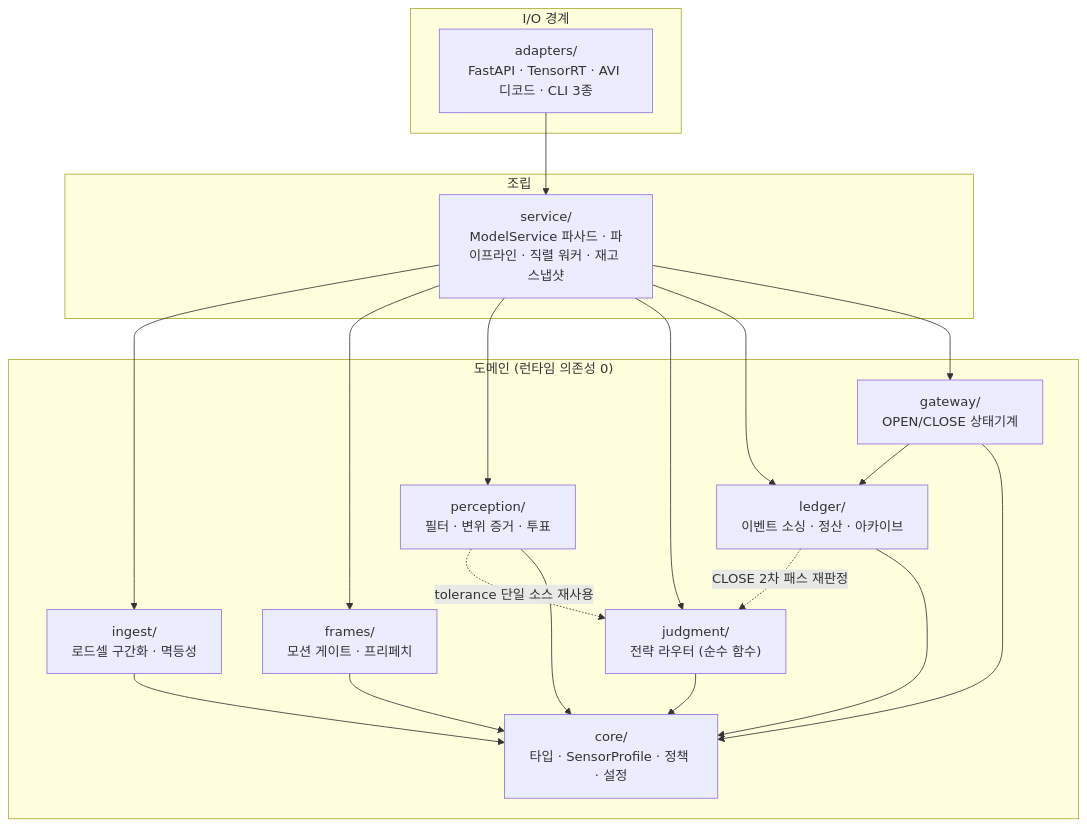
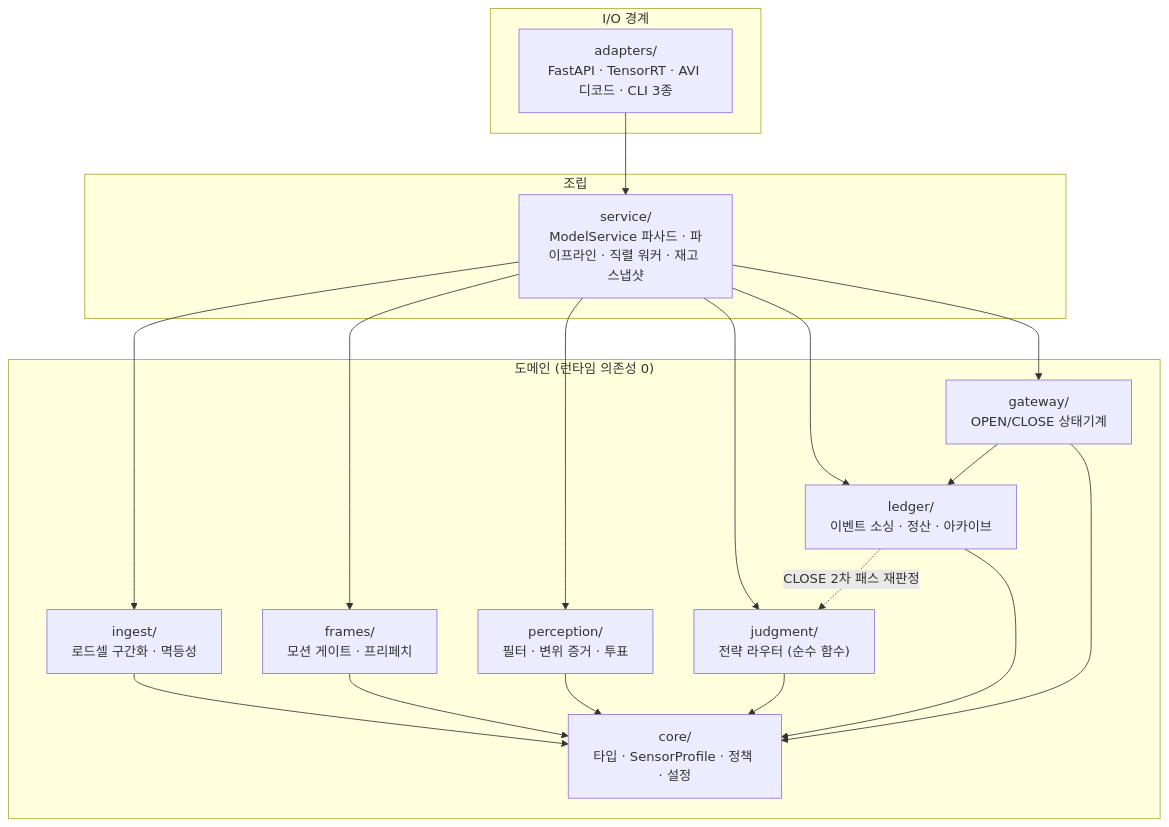
The second of 5 diagrams in docs/02-system-architecture.md (CHAI-Student/CRK-model-HG), drawn with Mermaid before and after one commit. The commit also changed other lines of this file and 60 other files, not shown here.

````diff
--- a/docs/02-system-architecture.md
+++ b/docs/02-system-architecture.md
@@ -55,25 +55,24 @@
 ```mermaid
 flowchart TD
     subgraph EDGE["I/O 경계"]
         AD["adapters/<br/>FastAPI · TensorRT · AVI 디코드 · CLI 3종"]
     end
     subgraph ASM["조립"]
         SV["service/<br/>ModelService 파사드 · 파이프라인 · 직렬 워커 · 재고 스냅샷"]
     end
     subgraph DOMAIN["도메인 (런타임 의존성 0)"]
         GW["gateway/<br/>OPEN/CLOSE 상태기계"]
         LE["ledger/<br/>이벤트 소싱 · 정산 · 아카이브"]
         IN["ingest/<br/>로드셀 구간화 · 멱등성"]
         FR["frames/<br/>모션 게이트 · 프리페치"]
         PE["perception/<br/>필터 · 변위 증거 · 투표"]
         JU["judgment/<br/>전략 라우터 (순수 함수)"]
         CO["core/<br/>타입 · SensorProfile · 정책 · 설정"]
     end
 
     AD --> SV
     SV --> IN & FR & PE & JU & LE & GW
     GW --> LE
     LE -. "CLOSE 2차 패스 재판정" .-> JU
-    PE -. "tolerance 단일 소스 재사용" .-> JU
     IN & FR & PE & JU & LE & GW --> CO
 ```
````
